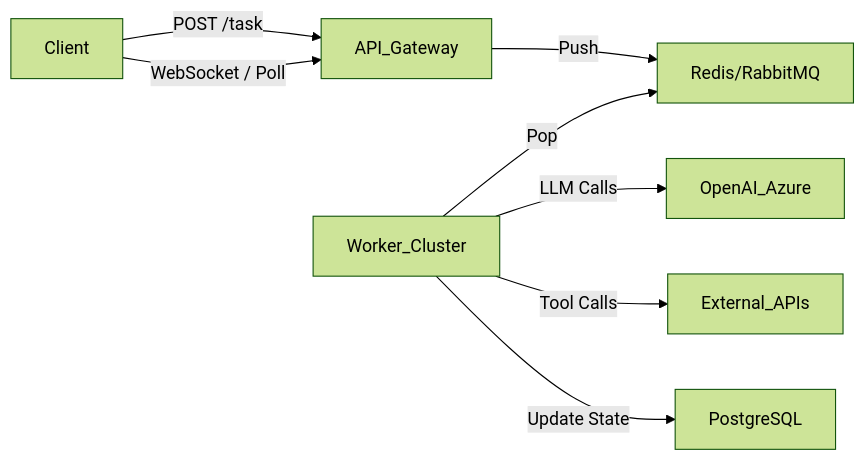
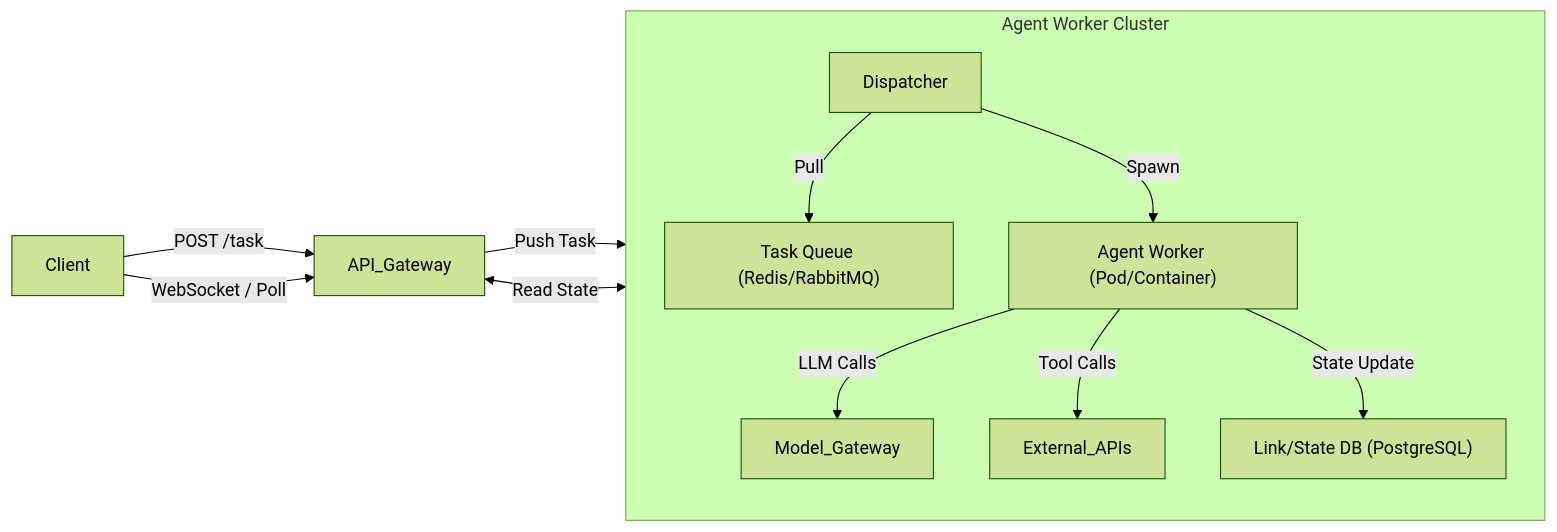
Before and after one commit to yeasy/agentic_ai_guide: the first of 2 diagrams in 09_agentops/9.4_enterprise.md, drawn with Mermaid (forest theme). The commit also changed other lines of this file and 6 other files, not shown here.

````diff
--- a/09_agentops/9.4_enterprise.md
+++ b/09_agentops/9.4_enterprise.md
@@ -16,10 +16,18 @@
 ```mermaid
 graph LR
     Client -->|"POST /task"| API_Gateway
-    API_Gateway -->|"Push"| Message_Queue["Redis/RabbitMQ"]
-    Worker_Cluster -->|"Pop"| Message_Queue
-    Worker_Cluster -->|"LLM Calls"| OpenAI_Azure
-    Worker_Cluster -->|"Tool Calls"| External_APIs
-    Worker_Cluster -->|"Update State"| Database["PostgreSQL"]
+    API_Gateway -->|"Push Task"| Queue["Task Queue (Redis/RabbitMQ)"]
+    
+    subgraph "Agent Worker Cluster"
+        direction TB
+        Dispatcher -->|"Pull"| Queue
+        Dispatcher -->|"Spawn"| Worker["Agent Worker (Pod/Container)"]
+        
+        Worker -->|"LLM Calls"| Model_Gateway
+        Worker -->|"Tool Calls"| External_APIs
+        Worker -->|"State Update"| State_Store["Link/State DB (PostgreSQL)"]
+    end
+    
     Client -->|"WebSocket / Poll"| API_Gateway
+    API_Gateway <-->|"Read State"| State_Store
 ```
````
